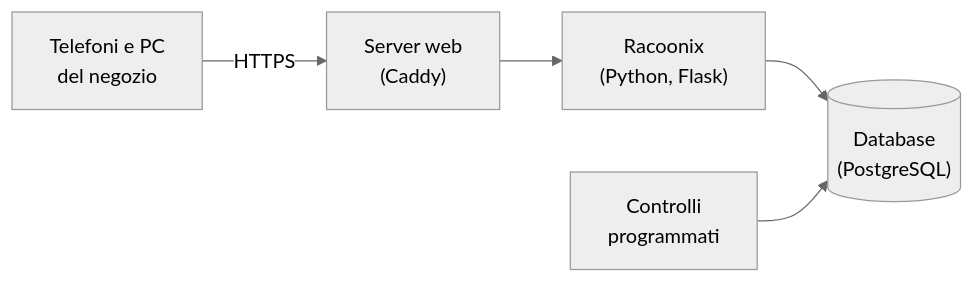
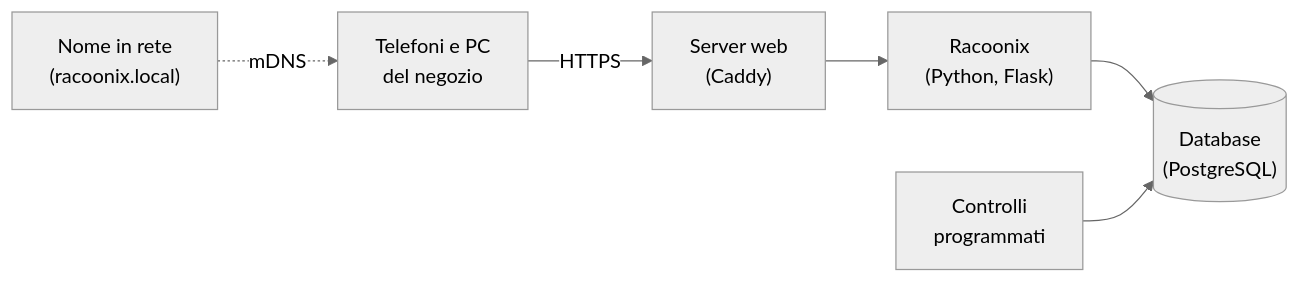
One commit to JustCromo/Racoonix changed the diagram in README.md. Above: the diagram before and after it, drawn with Mermaid (neutral theme). The commit also changed other lines of this file and 1 other file, not shown here.

Commit message:
README: configurazione guidata, nome in rete e aggiornamenti di sicurezza (italiano e inglese)

````diff
--- a/README.md
+++ b/README.md
@@ -174,7 +175,8 @@
 ```mermaid
 flowchart LR
     T["Telefoni e PC<br/>del negozio"] -- HTTPS --> C["Server web<br/>(Caddy)"]
     C --> A["Racoonix<br/>(Python, Flask)"]
     A --> D[("Database<br/>(PostgreSQL)")]
     S["Controlli<br/>programmati"] --> D
+    N["Nome in rete<br/>(racoonix.local)"] -. mDNS .-> T
 ```
````
